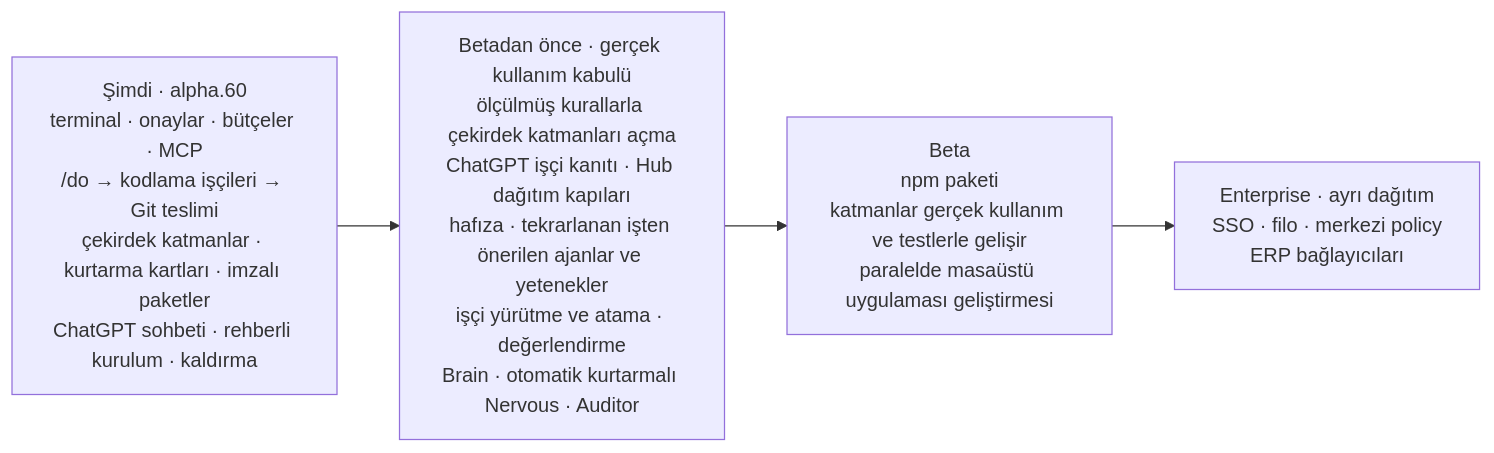
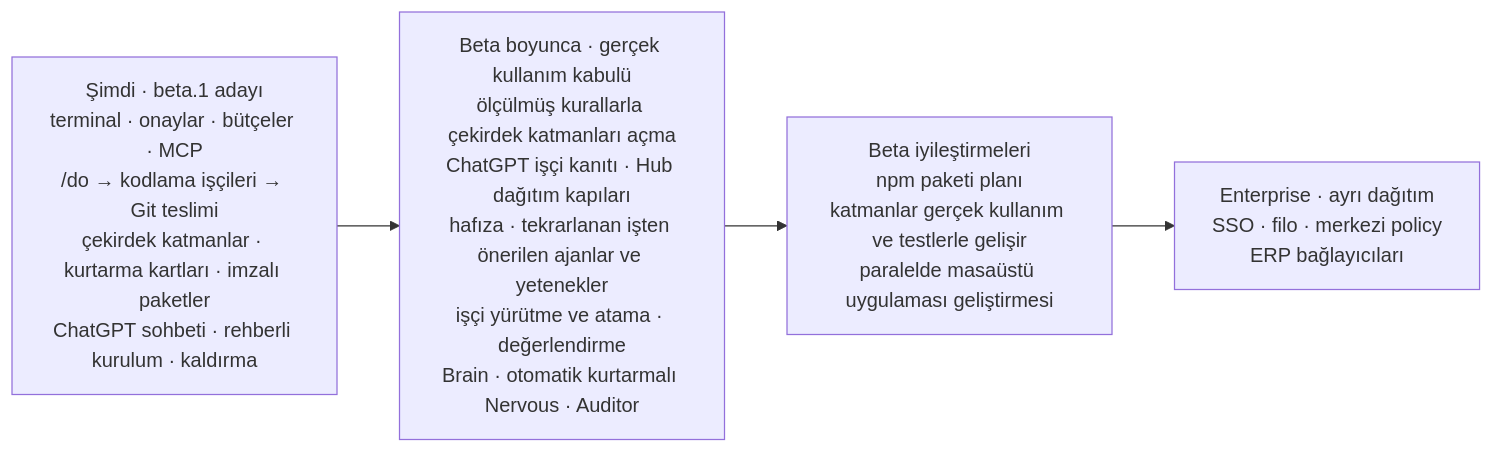
The sixth of 6 diagrams in README.tr.md (Verhex/deckent-next), drawn with Mermaid before and after one commit. The commit also changed other lines of this file and 19 other files, not shown here.

First line of the commit message:
chore(release): 1.0.0-beta.1 candidate — version, beta changelog with the alpha history in CHANGELOG-alpha.md, release docs (B1-RELVERSION, B1-CHANGELOG-SPLIT)

````diff
--- a/README.tr.md
+++ b/README.tr.md
@@ -585,6 +586,6 @@
 ```mermaid
 flowchart LR
-  N["Şimdi · alpha.60<br/>terminal · onaylar · bütçeler · MCP<br/>/do → kodlama işçileri → Git teslimi<br/>çekirdek katmanlar · kurtarma kartları · imzalı paketler<br/>ChatGPT sohbeti · rehberli kurulum · kaldırma"] --> C["Betadan önce · gerçek kullanım kabulü<br/>ölçülmüş kurallarla çekirdek katmanları açma<br/>ChatGPT işçi kanıtı · Hub dağıtım kapıları<br/>hafıza · tekrarlanan işten önerilen ajanlar ve yetenekler<br/>işçi yürütme ve atama · değerlendirme<br/>Brain · otomatik kurtarmalı Nervous · Auditor"]
-  C --> B["Beta<br/>npm paketi<br/>katmanlar gerçek kullanım ve testlerle gelişir<br/>paralelde masaüstü uygulaması geliştirmesi"]
+  N["Şimdi · beta.1 adayı<br/>terminal · onaylar · bütçeler · MCP<br/>/do → kodlama işçileri → Git teslimi<br/>çekirdek katmanlar · kurtarma kartları · imzalı paketler<br/>ChatGPT sohbeti · rehberli kurulum · kaldırma"] --> C["Beta boyunca · gerçek kullanım kabulü<br/>ölçülmüş kurallarla çekirdek katmanları açma<br/>ChatGPT işçi kanıtı · Hub dağıtım kapıları<br/>hafıza · tekrarlanan işten önerilen ajanlar ve yetenekler<br/>işçi yürütme ve atama · değerlendirme<br/>Brain · otomatik kurtarmalı Nervous · Auditor"]
+  C --> B["Beta iyileştirmeleri<br/>npm paketi planı<br/>katmanlar gerçek kullanım ve testlerle gelişir<br/>paralelde masaüstü uygulaması geliştirmesi"]
   B --> E["Enterprise · ayrı dağıtım<br/>SSO · filo · merkezi policy<br/>ERP bağlayıcıları"]
 ```
````
